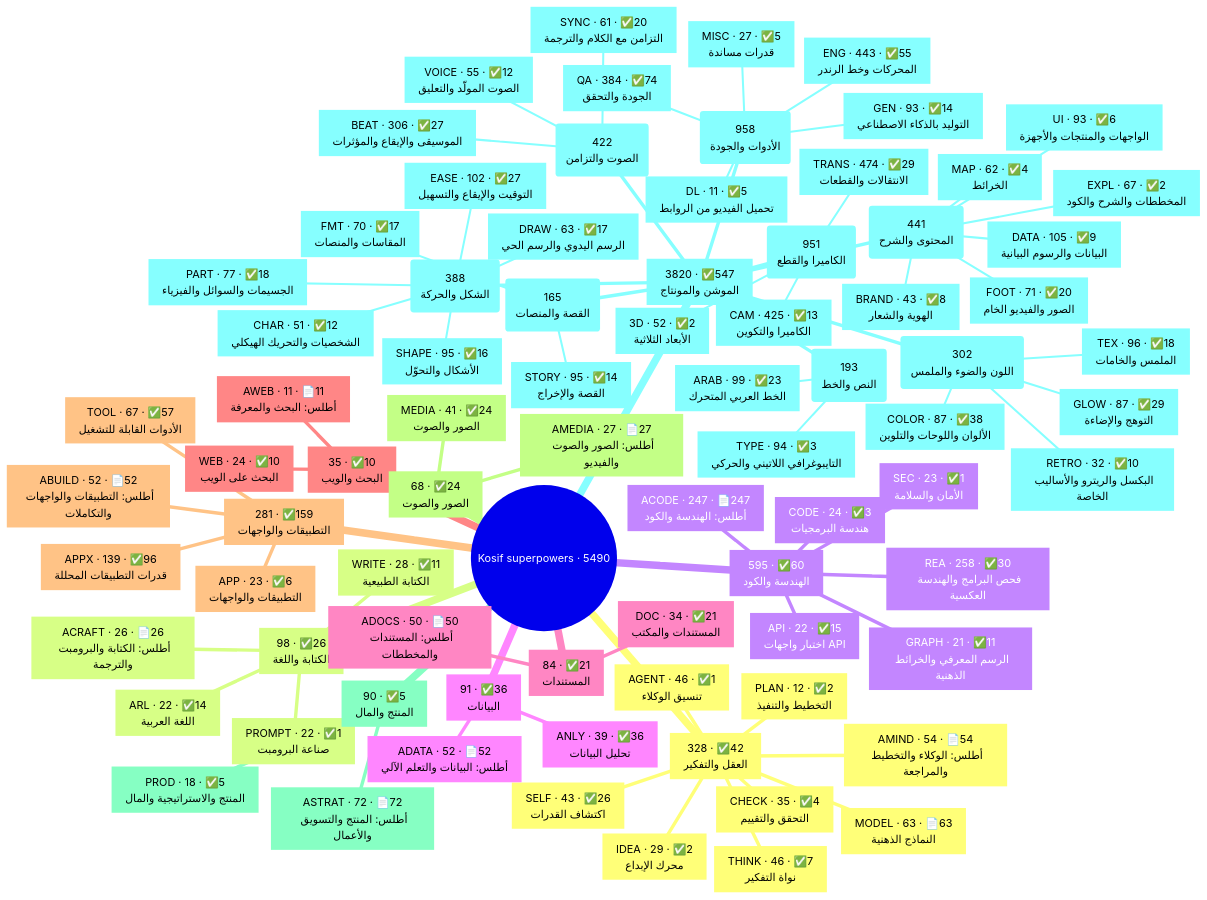
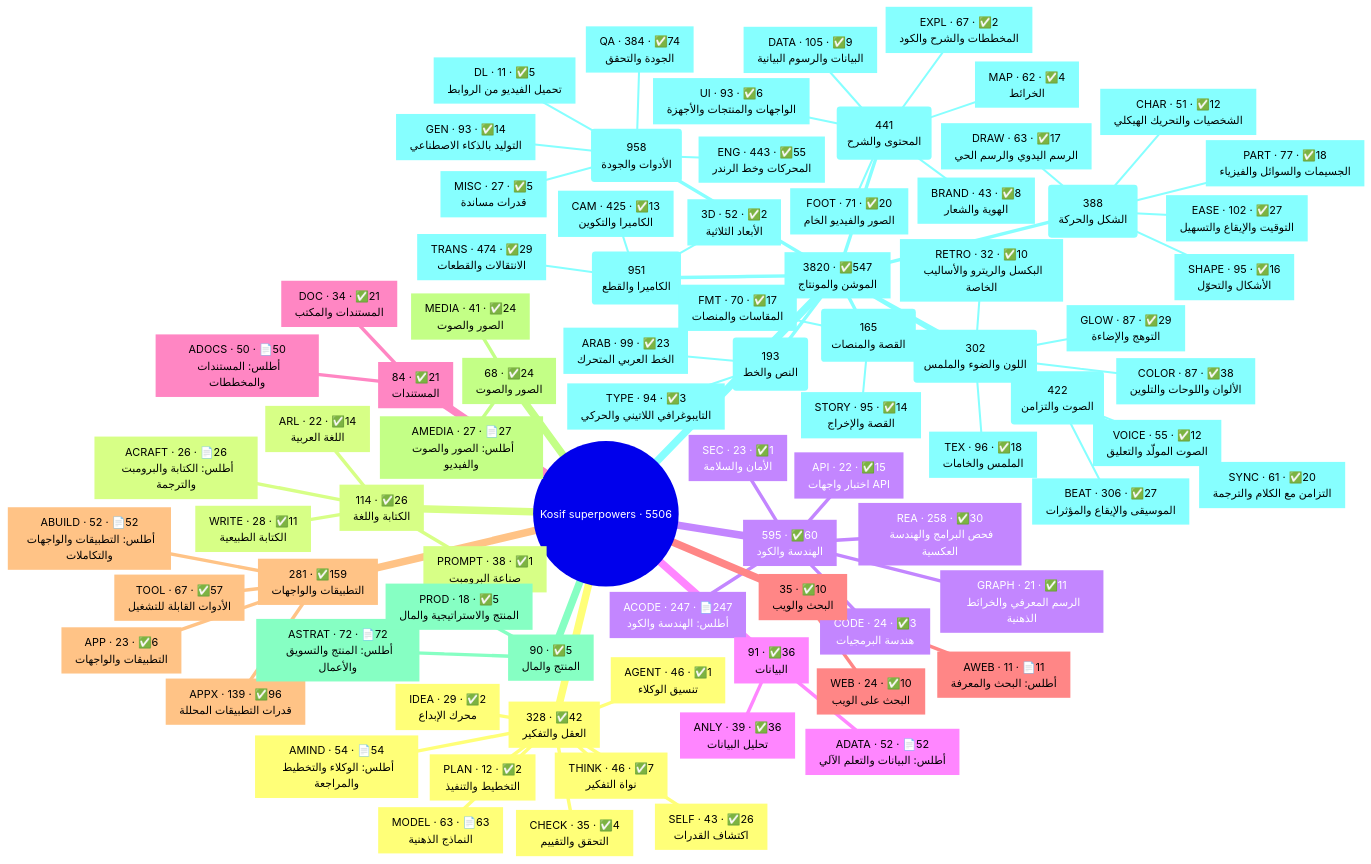
The first of 2 diagrams in .claude/skills/kosif-superpowers/references/capability-map.md (kosif199022-jpg/kosif-tool), drawn with Mermaid before and after one commit. The commit also changed other lines of this file and 65 other files, not shown here.

````diff
--- a/.claude/skills/kosif-superpowers/references/capability-map.md
+++ b/.claude/skills/kosif-superpowers/references/capability-map.md
@@ -18,6 +18,6 @@
 ```mermaid
 mindmap
-  root((Kosif superpowers · 5490))
+  root((Kosif superpowers · 5506))
     n1["`328 · ✅42
 العقل والتفكير`"]
       n2["`MODEL · 63 · 📄63
@@ -36,16 +36,16 @@
 محرك الإبداع`"]
       n9["`PLAN · 12 · ✅2
 التخطيط والتنفيذ`"]
-    n10["`98 · ✅26
+    n10["`114 · ✅26
 الكتابة واللغة`"]
-      n11["`WRITE · 28 · ✅11
+      n11["`PROMPT · 38 · ✅1
+صناعة البرومبت`"]
+      n12["`WRITE · 28 · ✅11
 الكتابة الطبيعية`"]
-      n12["`ACRAFT · 26 · 📄26
+      n13["`ACRAFT · 26 · 📄26
 أطلس: الكتابة والبرومبت والترجمة`"]
-      n13["`ARL · 22 · ✅14
+      n14["`ARL · 22 · ✅14
 اللغة العربية`"]
-      n14["`PROMPT · 22 · ✅1
-صناعة البرومبت`"]
     n15["`595 · ✅60
 الهندسة والكود`"]
       n16["`REA · 258 · ✅30
````
